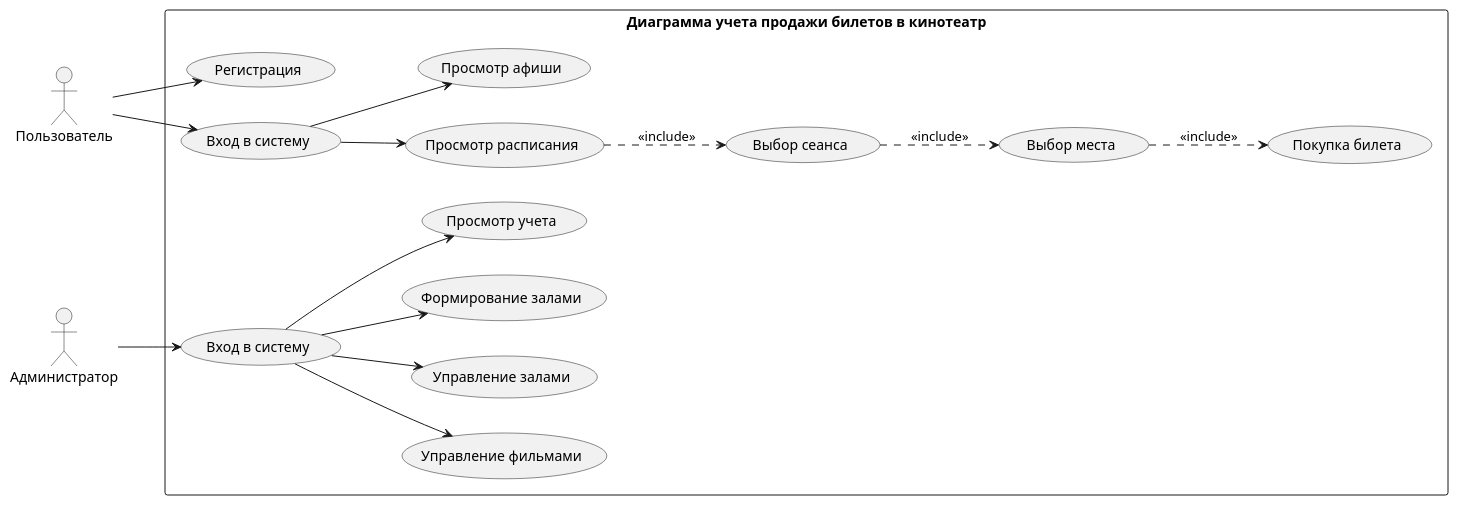
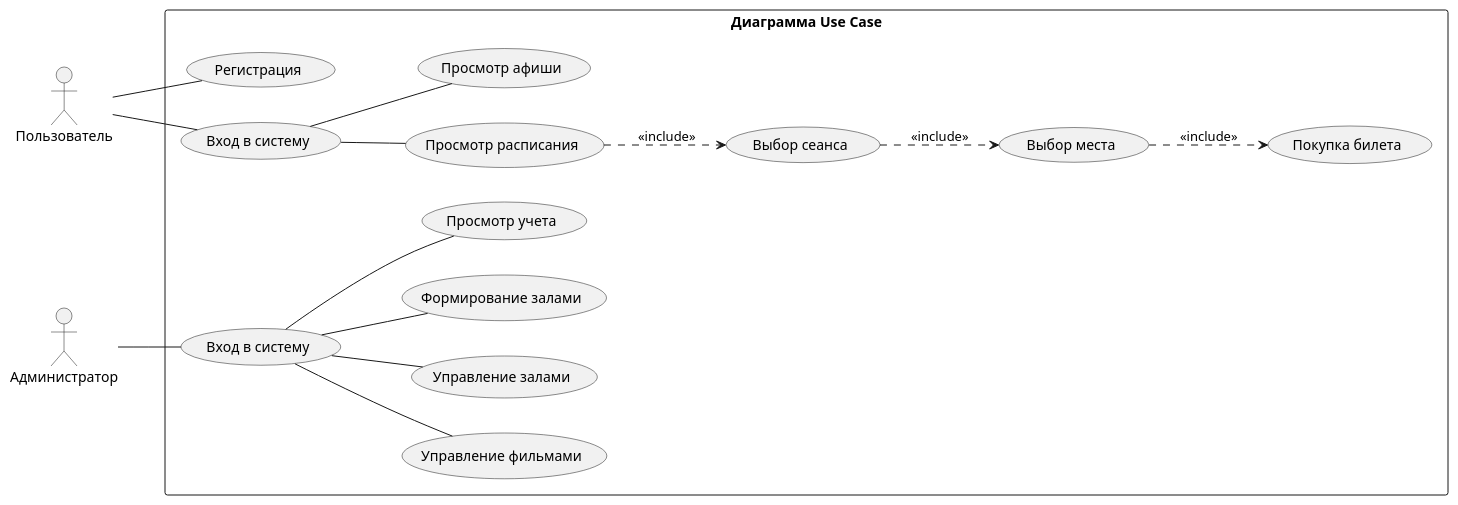
One commit to Michael-krutisha/Cine_Data changed the diagram in docs/diagram.puml. Above: the diagram before and after it, drawn with PlantUML.

Commit message:
Диаграмма

```diff
--- a/docs/diagram.puml
+++ b/docs/diagram.puml
@@ -1,46 +1,46 @@
 @startuml
 left to right direction
 skinparam packageStyle rectangle
 
 actor "Пользователь" as User
 actor "Администратор" as Admin
 
-rectangle "Диаграмма учета продажи билетов в кинотеатр" {
+rectangle "Диаграмма Use Case" {
     ' Прецеденты Пользователя
     usecase "Регистрация" as UC_Reg
     usecase "Вход в систему" as UC_Login
     usecase "Просмотр расписания" as UC_Schedule
     usecase "Просмотр афиши" as UC_Movies
     usecase "Выбор сеанса" as UC_Session
     usecase "Выбор места" as UC_Seat
     usecase "Покупка билета" as UC_Ticket
 
     ' Прецеденты Администратора
     usecase "Вход в систему" as UC_AdminLogin
     usecase "Управление фильмами" as UC_ManageMovies
     usecase "Управление залами" as UC_ManageHalls
     usecase "Формирование залами" as UC_FormHalls
     usecase "Просмотр учета" as UC_ViewReports
 }
 
 ' Связи Пользователя
-User --> UC_Reg
-User --> UC_Login
+User -- UC_Reg
+User -- UC_Login
 
 ' Твоё исправление: Просмотр афиши и расписания доступны ТОЛЬКО после Входа в систему
-UC_Login --> UC_Schedule
-UC_Login --> UC_Movies
+UC_Login -- UC_Schedule
+UC_Login -- UC_Movies
 
 ' Связи include (пунктирные стрелки)
 UC_Schedule ..> UC_Session : "<<include>>"
 UC_Session ..> UC_Seat : "<<include>>"
 UC_Seat ..> UC_Ticket : "<<include>>"
 
 ' Связи Администратора
-Admin --> UC_AdminLogin
-UC_AdminLogin --> UC_ManageMovies
-UC_AdminLogin --> UC_ManageHalls
-UC_AdminLogin --> UC_FormHalls
-UC_AdminLogin --> UC_ViewReports
+Admin -- UC_AdminLogin
+UC_AdminLogin -- UC_ManageMovies
+UC_AdminLogin -- UC_ManageHalls
+UC_AdminLogin -- UC_FormHalls
+UC_AdminLogin -- UC_ViewReports
 
 @enduml 
```
